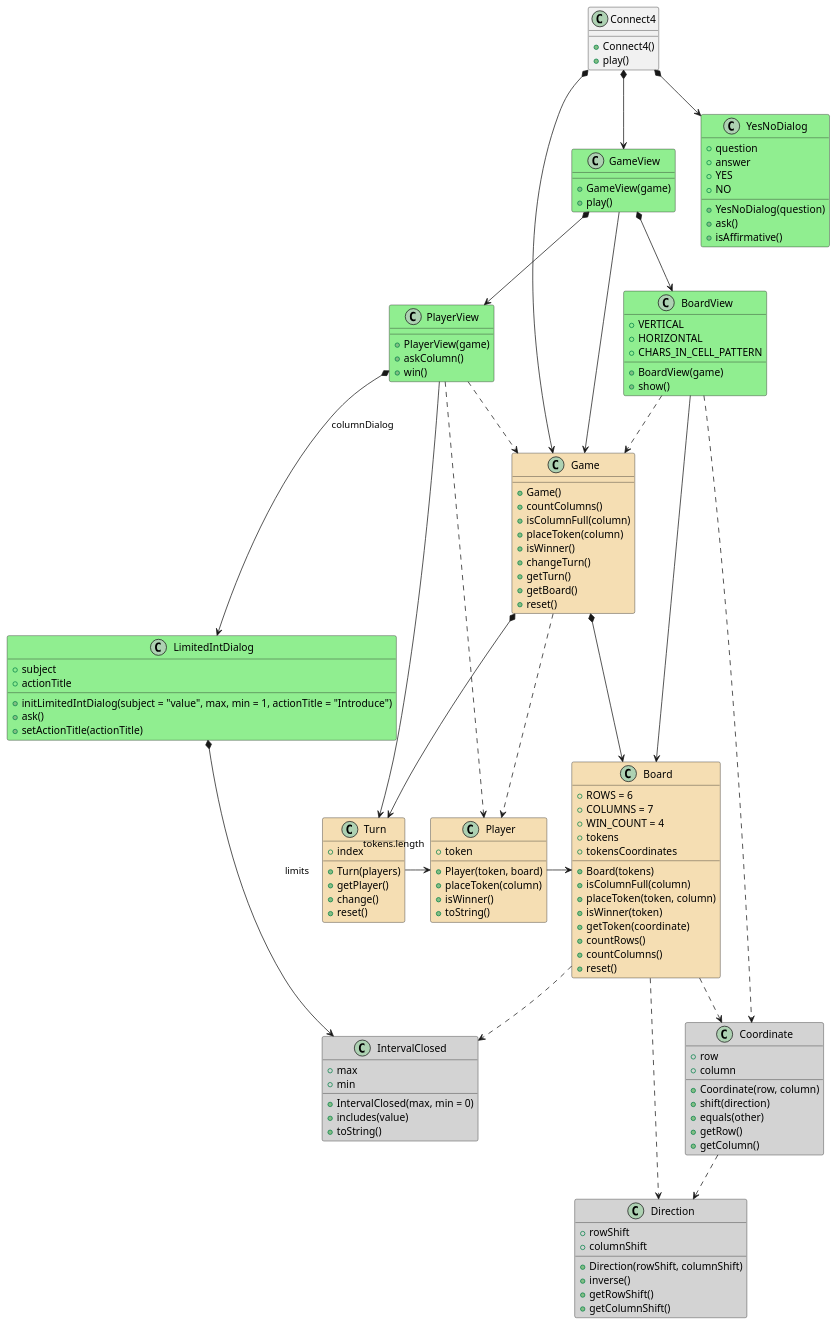
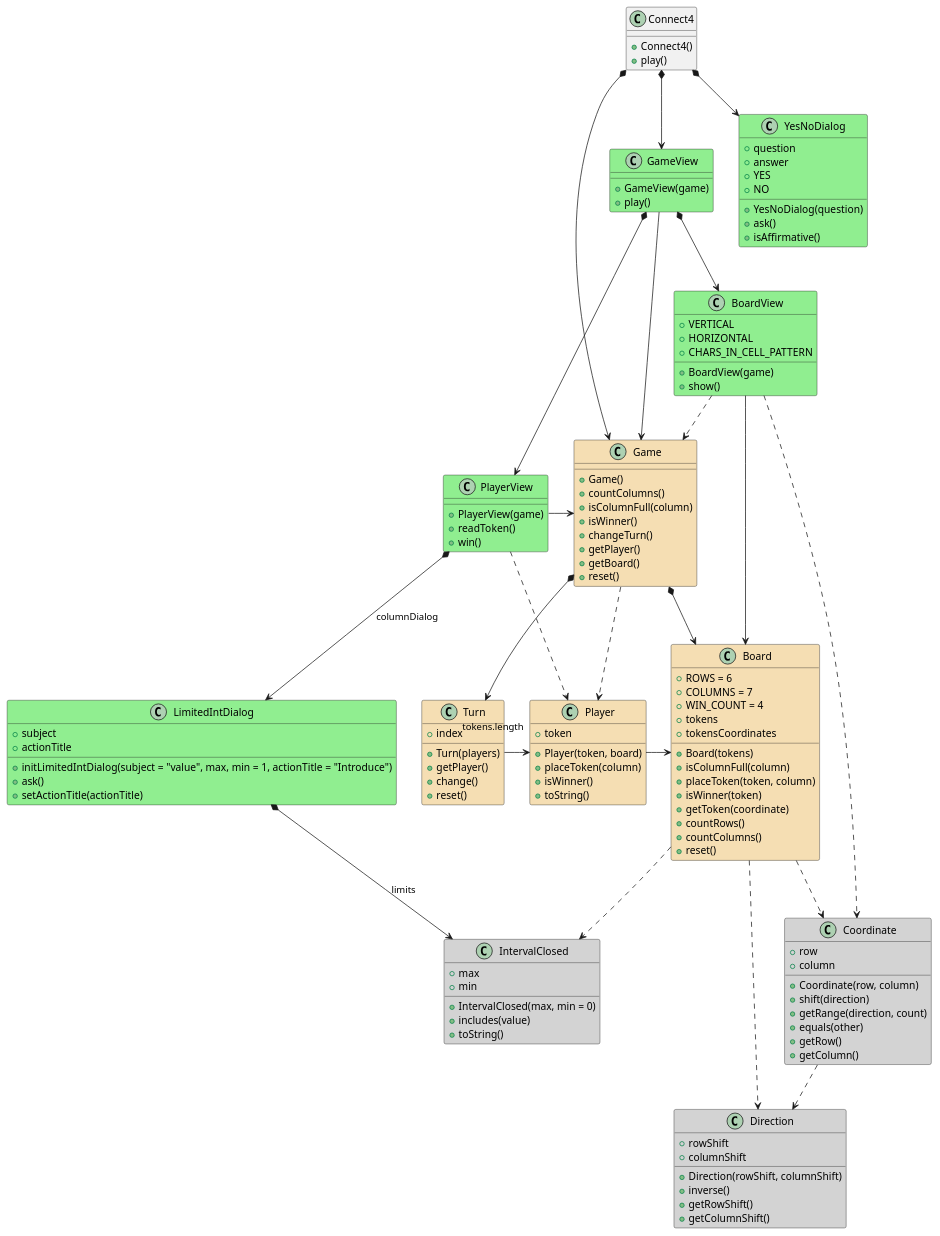
One commit to PabloMartinFluvia/myGame-connect4 changed the diagram in docs/dev-resume/src/analysis.plantuml. Above: the diagram before and after it, drawn with PlantUML. The commit also changed 3 other files, not shown here.

First line of the commit message:
task 2: replaced askColumn to readToken

```diff
--- a/docs/dev-resume/src/analysis.plantuml
+++ b/docs/dev-resume/src/analysis.plantuml
@@ -1,191 +1,190 @@
 @startuml analysis
 
 class Connect4 {
 
     + Connect4()
     + play()
 }
 Connect4 *-down-> Game
 Connect4 *-down-> GameView
 Connect4 *-down-> YesNoDialog
 
 class YesNoDialog #LightGreen {      
     + question
     + answer  
     + YES
     + NO     
 
     + YesNoDialog(question)
     + ask()
     + isAffirmative()
 }
 
 class GameView #LightGreen {
     + GameView(game)
     + play()
 }
 GameView -right-> Game
 GameView *-down-> PlayerView
 GameView *-down-> BoardView
 
 class Game #Wheat{  
 
     + Game()
     + countColumns()
     + isColumnFull(column)
-    + placeToken(column)
     + isWinner() 
     + changeTurn()
-    + getTurn()
+    + getPlayer()
     + getBoard()
     + reset()
 }
 Game *-down-> Turn
 Game *-down-> Board
 Game ..> Player
 
 class Turn #Wheat{
     + index
 
     + Turn(players)  
     + getPlayer()  
     + change()   
     + reset() 
 }
 Turn -right-> "tokens.length" Player
 
 
 class PlayerView #LightGreen {
     + PlayerView(game)
-    + askColumn()
+    + readToken()
     + win()
 }
-PlayerView ..> Game
-PlayerView -right-> Turn
+PlayerView -right-> Game
 PlayerView ..> Player
 PlayerView *-down-> LimitedIntDialog : columnDialog
 
 class LimitedIntDialog #LightGreen {
     + subject
     + actionTitle
     
     + initLimitedIntDialog(subject = "value", max, min = 1, actionTitle = "Introduce") 
     + ask()
     + setActionTitle(actionTitle)
 }
 LimitedIntDialog *-down-> IntervalClosed : limits
 
 class IntervalClosed #LightGray{
     + max
     + min
 
     + IntervalClosed(max, min = 0)
     + includes(value)
     + toString()
 }
 
 class Player #Wheat{
     + token
 
     + Player(token, board)
     + placeToken(column)
     + isWinner()
     + toString()
 }
 Player -right-> Board
 
 class Board #Wheat{
     + ROWS = 6
     + COLUMNS = 7
     + WIN_COUNT = 4
     + tokens
     + tokensCoordinates
     
     + Board(tokens)
     + isColumnFull(column)
     + placeToken(token, column)
     + isWinner(token)  
     + getToken(coordinate) 
     + countRows()
     + countColumns()
     + reset()    
 }
 Board ..> IntervalClosed
 Board ..> Coordinate
 Board ..> Direction
 
 class Direction #LightGray{
     + rowShift
     + columnShift
 
     + Direction(rowShift, columnShift)
     + inverse()
     + getRowShift()
     + getColumnShift()
 }
 
 class Coordinate #LightGray{
     + row
     + column 
 
     + Coordinate(row, column)
     + shift(direction)
+    + getRange(direction, count)
     + equals(other)   
     + getRow()
     + getColumn()
 }
 Coordinate ..> Direction
 
 class BoardView #LightGreen {
     + VERTICAL
     + HORIZONTAL
     + CHARS_IN_CELL_PATTERN
 
     + BoardView(game)
     + show()
 }
 BoardView -right-> Board
 BoardView ..> Game
 BoardView ..> Coordinate
 
 /'
 
 
 
 
 
 
 
 
 
 
 
 
 
 
 
 
 
 
 
 
 enum Color #Wheat{
     + X
     + O   
     + NONE 
 
     - initColor(value)
     + {static} get(ordinal) 
     + {static} values()  
     + ordinal()
     + isNone()
     + toString()
 }
 Color ..> ClosedInterval
 
 
 
 
 '/
 
 @enduml
```
